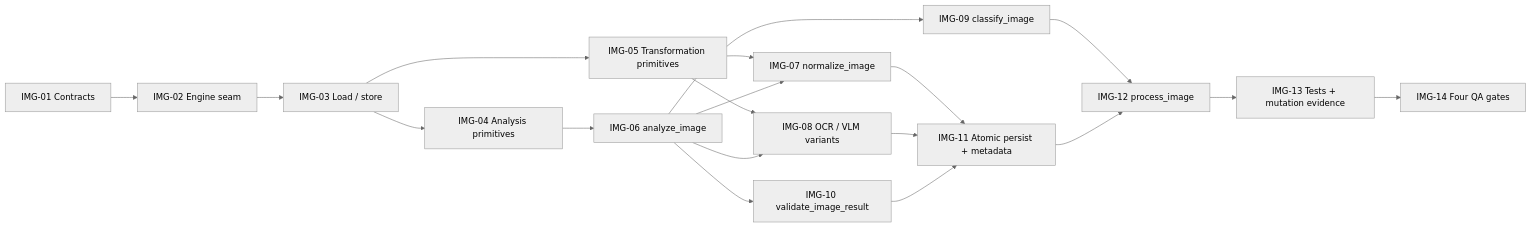
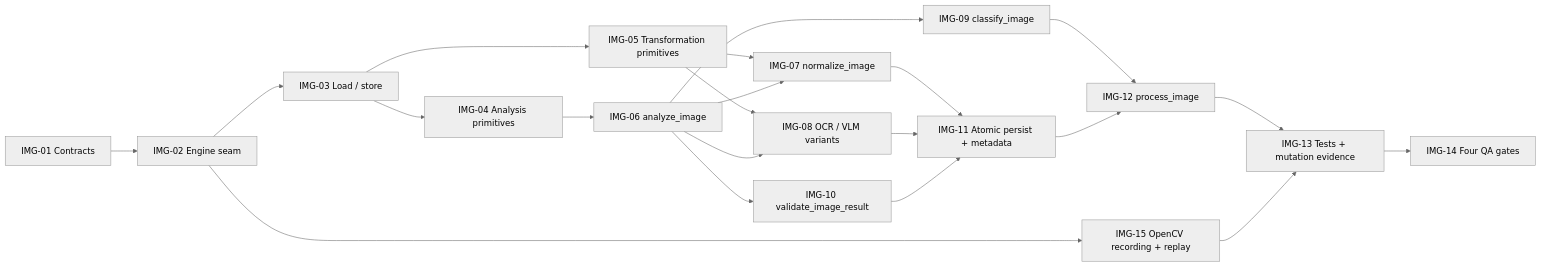
Before and after one commit to mariogarcia-ar/docflow: the diagram in docs/plan/issues/wbs-procesador-image.md, drawn with Mermaid (neutral theme). The commit also changed other lines of this file and 11 other files, not shown here.

First line of the commit message:
Enhance PDF, Image, OCR, and LLM processors with recording and replay mechanisms

````diff
--- a/docs/plan/issues/wbs-procesador-image.md
+++ b/docs/plan/issues/wbs-procesador-image.md
@@ -274,21 +313,23 @@
 ```mermaid
 flowchart LR
     IMG01["IMG-01 Contracts"] --> IMG02["IMG-02 Engine seam"]
     IMG02 --> IMG03["IMG-03 Load / store"]
     IMG03 --> IMG04["IMG-04 Analysis primitives"]
     IMG03 --> IMG05["IMG-05 Transformation primitives"]
     IMG04 --> IMG06["IMG-06 analyze_image"]
     IMG05 --> IMG07["IMG-07 normalize_image"]
     IMG06 --> IMG07
     IMG05 --> IMG08["IMG-08 OCR / VLM variants"]
     IMG06 --> IMG08
     IMG06 --> IMG09["IMG-09 classify_image"]
     IMG06 --> IMG10["IMG-10 validate_image_result"]
     IMG07 --> IMG11["IMG-11 Atomic persist + metadata"]
     IMG08 --> IMG11
     IMG10 --> IMG11
     IMG09 --> IMG12["IMG-12 process_image"]
     IMG11 --> IMG12
     IMG12 --> IMG13["IMG-13 Tests + mutation evidence"]
     IMG13 --> IMG14["IMG-14 Four QA gates"]
+    IMG02 --> IMG15["IMG-15 OpenCV recording + replay"]
+    IMG15 --> IMG13
 ```
````
